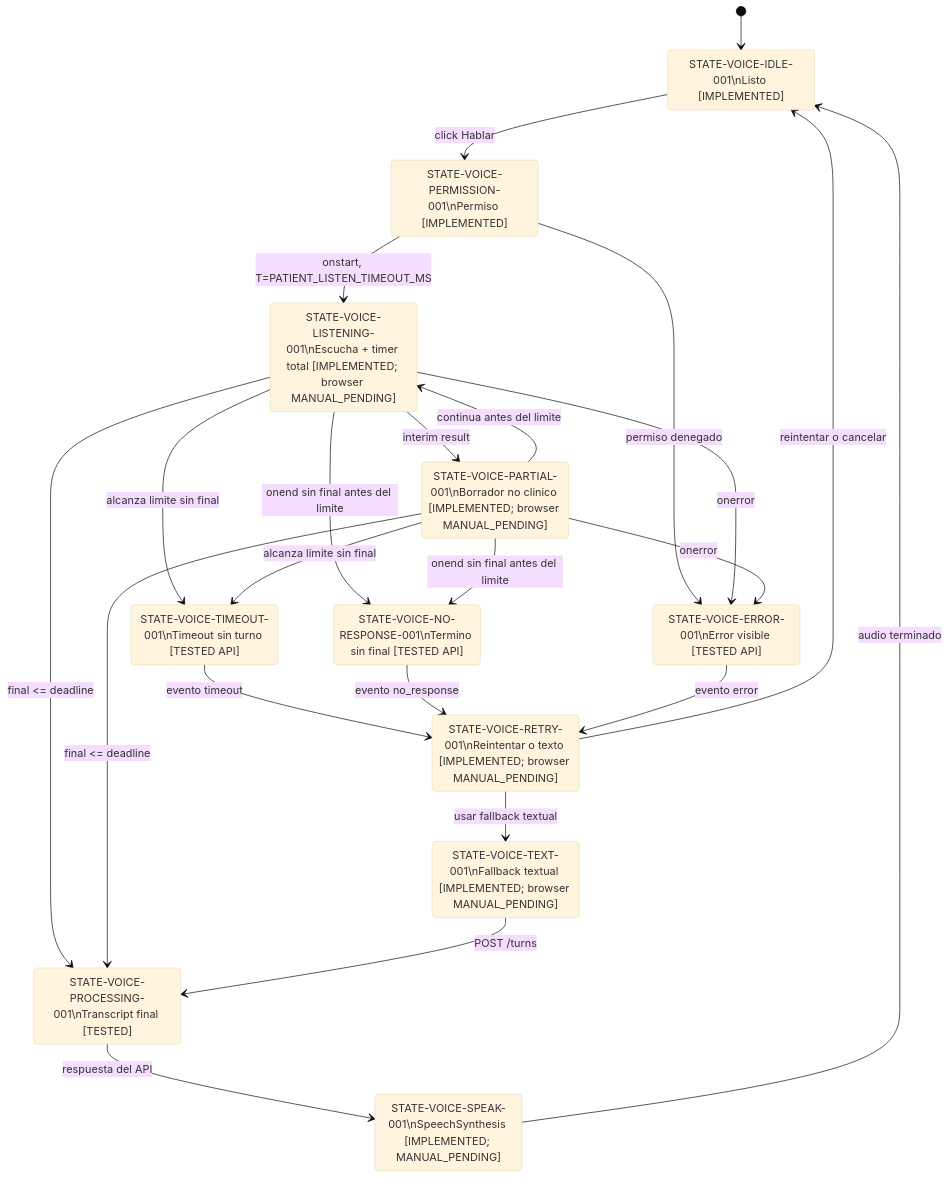
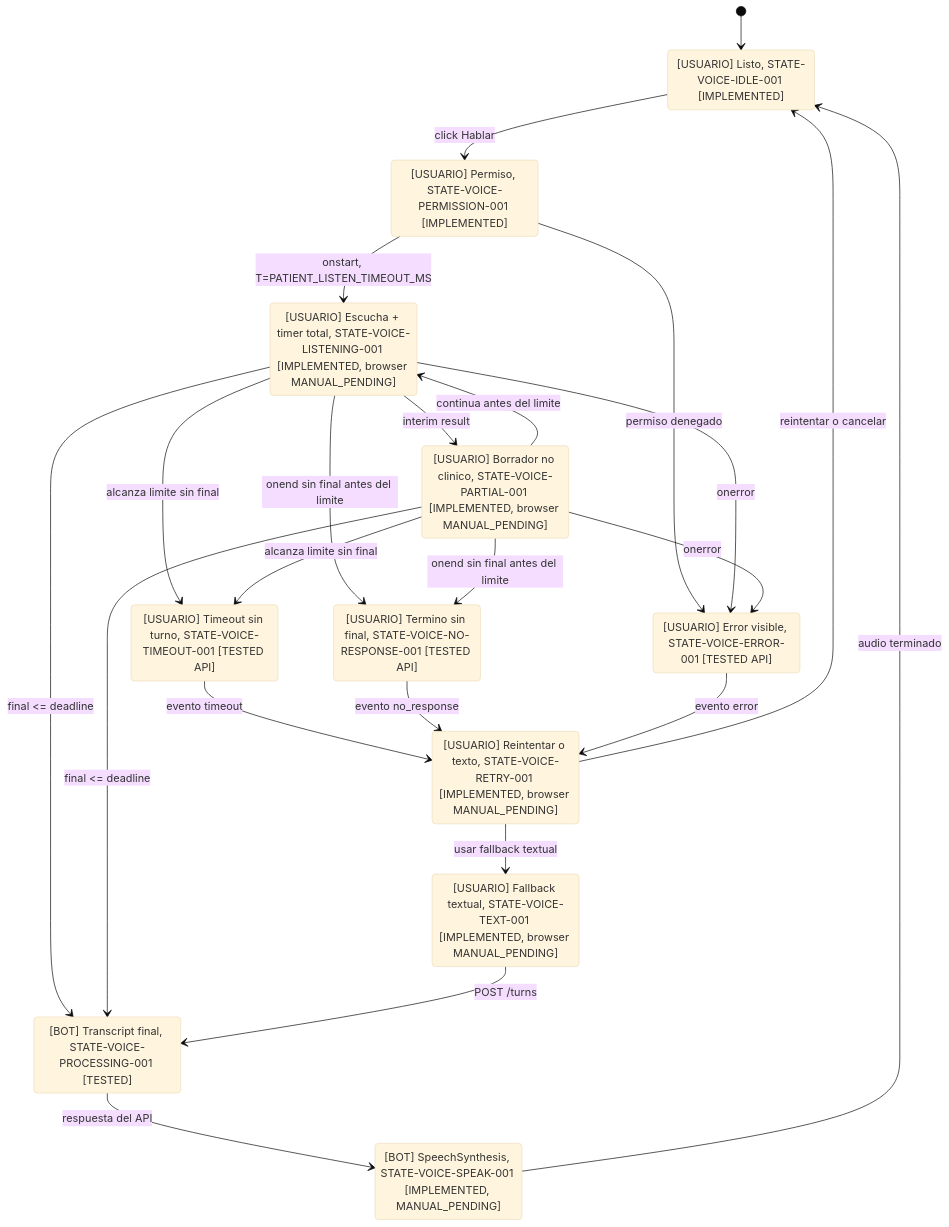
Before and after one commit to JhofredCam/TechSphereChallenge: the seventh of 8 diagrams in specs/06_system_flow_diagram_specification.md, drawn with Mermaid (base theme). The commit also changed other lines of this file and 2 other files, not shown here.

Commit message:
docs(architecture): fix and style Mermaid diagrams

````diff
--- a/specs/06_system_flow_diagram_specification.md
+++ b/specs/06_system_flow_diagram_specification.md
@@ -585,37 +675,43 @@
 ```mermaid
 stateDiagram-v2
     [*] --> IDLE
-    state "STATE-VOICE-IDLE-001\nListo [IMPLEMENTED]" as IDLE
-    state "STATE-VOICE-PERMISSION-001\nPermiso [IMPLEMENTED]" as PERMISSION
-    state "STATE-VOICE-LISTENING-001\nEscucha + timer total [IMPLEMENTED; browser MANUAL_PENDING]" as LISTENING
-    state "STATE-VOICE-PARTIAL-001\nBorrador no clinico [IMPLEMENTED; browser MANUAL_PENDING]" as PARTIAL
-    state "STATE-VOICE-PROCESSING-001\nTranscript final [TESTED]" as PROCESSING
-    state "STATE-VOICE-NO-RESPONSE-001\nTermino sin final [TESTED API]" as NO_RESPONSE
-    state "STATE-VOICE-TIMEOUT-001\nTimeout sin turno [TESTED API]" as TIMEOUT
-    state "STATE-VOICE-ERROR-001\nError visible [TESTED API]" as ERROR
-    state "STATE-VOICE-RETRY-001\nReintentar o texto [IMPLEMENTED; browser MANUAL_PENDING]" as RETRY
-    state "STATE-VOICE-TEXT-001\nFallback textual [IMPLEMENTED; browser MANUAL_PENDING]" as TEXT
-    state "STATE-VOICE-SPEAK-001\nSpeechSynthesis [IMPLEMENTED; MANUAL_PENDING]" as SPEAK
+    state "[USUARIO] Listo, STATE-VOICE-IDLE-001 [IMPLEMENTED]" as IDLE
+    state "[USUARIO] Permiso, STATE-VOICE-PERMISSION-001 [IMPLEMENTED]" as PERMISSION
+    state "[USUARIO] Escucha + timer total, STATE-VOICE-LISTENING-001 [IMPLEMENTED, browser MANUAL_PENDING]" as LISTENING
+    state "[USUARIO] Borrador no clinico, STATE-VOICE-PARTIAL-001 [IMPLEMENTED, browser MANUAL_PENDING]" as PARTIAL
+    state "[BOT] Transcript final, STATE-VOICE-PROCESSING-001 [TESTED]" as PROCESSING
+    state "[USUARIO] Termino sin final, STATE-VOICE-NO-RESPONSE-001 [TESTED API]" as NO_RESPONSE
+    state "[USUARIO] Timeout sin turno, STATE-VOICE-TIMEOUT-001 [TESTED API]" as TIMEOUT
+    state "[USUARIO] Error visible, STATE-VOICE-ERROR-001 [TESTED API]" as ERROR
+    state "[USUARIO] Reintentar o texto, STATE-VOICE-RETRY-001 [IMPLEMENTED, browser MANUAL_PENDING]" as RETRY
+    state "[USUARIO] Fallback textual, STATE-VOICE-TEXT-001 [IMPLEMENTED, browser MANUAL_PENDING]" as TEXT
+    state "[BOT] SpeechSynthesis, STATE-VOICE-SPEAK-001 [IMPLEMENTED, MANUAL_PENDING]" as SPEAK
 
     IDLE --> PERMISSION: click Hablar
     PERMISSION --> LISTENING: onstart, T=PATIENT_LISTEN_TIMEOUT_MS
     PERMISSION --> ERROR: permiso denegado
     LISTENING --> PARTIAL: interim result
     PARTIAL --> LISTENING: continua antes del limite
     LISTENING --> PROCESSING: final <= deadline
     PARTIAL --> PROCESSING: final <= deadline
     LISTENING --> NO_RESPONSE: onend sin final antes del limite
     PARTIAL --> NO_RESPONSE: onend sin final antes del limite
     LISTENING --> TIMEOUT: alcanza limite sin final
     PARTIAL --> TIMEOUT: alcanza limite sin final
     LISTENING --> ERROR: onerror
     PARTIAL --> ERROR: onerror
     PROCESSING --> SPEAK: respuesta del API
     TIMEOUT --> RETRY: evento timeout
     NO_RESPONSE --> RETRY: evento no_response
     ERROR --> RETRY: evento error
     RETRY --> TEXT: usar fallback textual
     RETRY --> IDLE: reintentar o cancelar
     TEXT --> PROCESSING: POST /turns
     SPEAK --> IDLE: audio terminado
+
+    classDef userVoice fill:#DBEAFE,stroke:#1D4ED8,color:#1E3A8A;
+    classDef botVoice fill:#EDE9FE,stroke:#6D28D9,color:#4C1D95;
+    classDef pendingVoice fill:#FEF3C7,stroke:#B45309,color:#78350F;
+    class IDLE,PERMISSION,LISTENING,PARTIAL,NO_RESPONSE,TIMEOUT,ERROR,RETRY,TEXT userVoice;
+    class PROCESSING,SPEAK botVoice;
 ```
````
